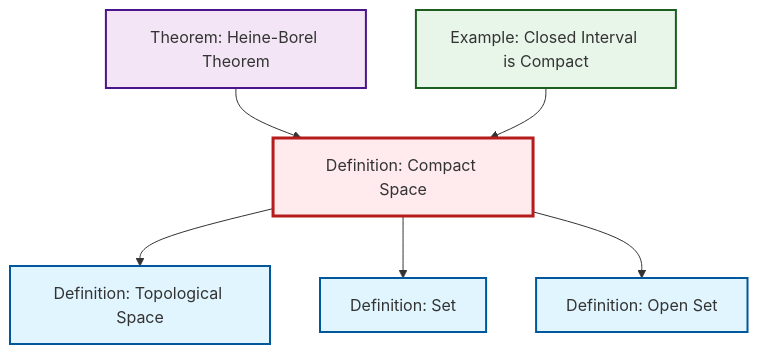
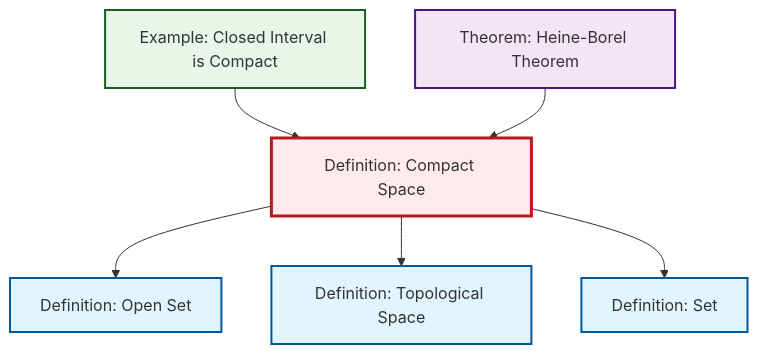
One commit to RK0429/ModernMath changed the diagram in content/ja/topology/def-compact.qmd. Above: the diagram before and after it, drawn with Mermaid. The commit also changed other lines of this file and 417 other files, not shown here.

````diff
--- a/content/ja/topology/def-compact.qmd
+++ b/content/ja/topology/def-compact.qmd
@@ -48,26 +48,26 @@
 ```{mermaid}
 %%| fig-cap: "Local dependency graph"
 graph TD
     classDef definition fill:#e1f5fe,stroke:#01579b,stroke-width:2px
     classDef theorem fill:#f3e5f5,stroke:#4a148c,stroke-width:2px
     classDef axiom fill:#fff3e0,stroke:#e65100,stroke-width:2px
     classDef example fill:#e8f5e9,stroke:#1b5e20,stroke-width:2px
     classDef current fill:#ffebee,stroke:#b71c1c,stroke-width:3px
+    def-topological-space["Definition: Topological Space"]:::definition
+    def-compact["Definition: Compact Space"]:::definition
     ex-closed-interval-compact["Example: Closed Interval is Compact"]:::example
-    def-compact["Definition: Compact Space"]:::definition
+    def-open-set["Definition: Open Set"]:::definition
     def-set["Definition: Set"]:::definition
-    def-topological-space["Definition: Topological Space"]:::definition
-    def-open-set["Definition: Open Set"]:::definition
     thm-heine-borel["Theorem: Heine-Borel Theorem"]:::theorem
+    ex-closed-interval-compact --> def-compact
     thm-heine-borel --> def-compact
+    def-compact --> def-open-set
     def-compact --> def-topological-space
     def-compact --> def-set
-    def-compact --> def-open-set
-    ex-closed-interval-compact --> def-compact
     class def-compact current
+    click def-topological-space "def-topological-space.html" "Definition: Topological Spaceへ"
     click ex-closed-interval-compact "ex-closed-interval-compact.html" "Example: Closed Interval is Compactへ"
+    click def-open-set "def-open-set.html" "Definition: Open Setへ"
     click def-set "def-set.html" "Definition: Setへ"
-    click def-topological-space "def-topological-space.html" "Definition: Topological Spaceへ"
-    click def-open-set "def-open-set.html" "Definition: Open Setへ"
     click thm-heine-borel "thm-heine-borel.html" "Theorem: Heine-Borel Theoremへ"
 ```
````
